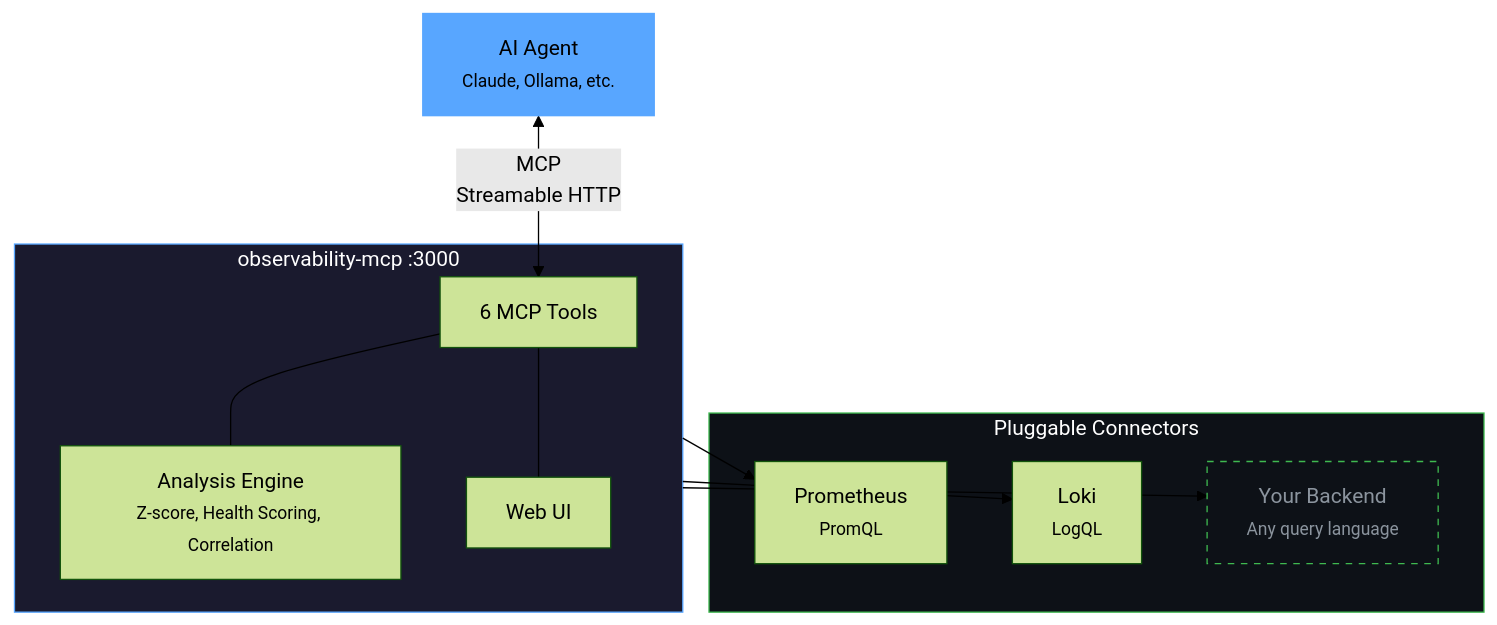
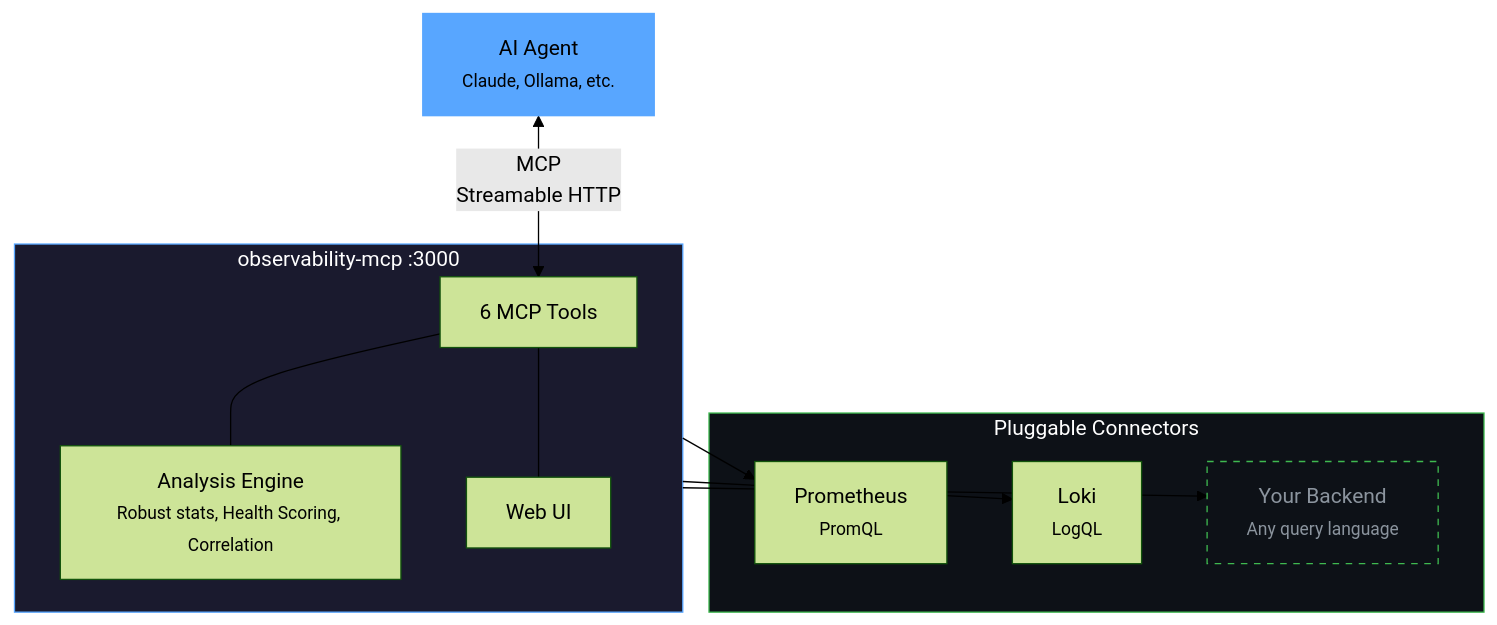
The diagram in README.md (ThoTischner/observability-mcp), drawn with Mermaid (forest theme) before and after one commit. The commit also changed other lines of this file, not shown here.

````diff
--- a/README.md
+++ b/README.md
@@ -74,26 +77,26 @@
 ```mermaid
 graph TB
     Agent["AI Agent<br/><small>Claude, Ollama, etc.</small>"]
 
     subgraph MCP ["observability-mcp :3000"]
         Tools["6 MCP Tools"]
-        Analysis["Analysis Engine<br/><small>Z-score, Health Scoring, Correlation</small>"]
+        Analysis["Analysis Engine<br/><small>Robust stats, Health Scoring, Correlation</small>"]
         UI["Web UI"]
     end
 
     subgraph Connectors ["Pluggable Connectors"]
         Prom["Prometheus<br/><small>PromQL</small>"]
         Loki["Loki<br/><small>LogQL</small>"]
         Next["Your Backend<br/><small>Any query language</small>"]
     end
 
     Agent <-->|"MCP<br/>Streamable HTTP"| Tools
     Tools --- Analysis
     Tools --- UI
     MCP --> Prom & Loki & Next
 
     style MCP fill:#1a1a2e,stroke:#58a6ff,color:#fff
     style Connectors fill:#0d1117,stroke:#3fb950,color:#fff
     style Agent fill:#58a6ff,stroke:#58a6ff,color:#000
     style Next fill:#0d1117,stroke:#3fb950,color:#8b949e,stroke-dasharray: 5 5
 ```
````
